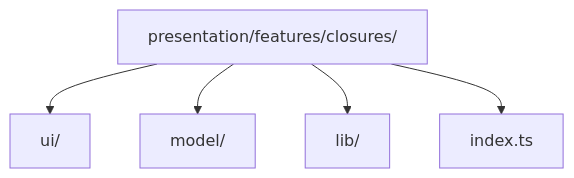
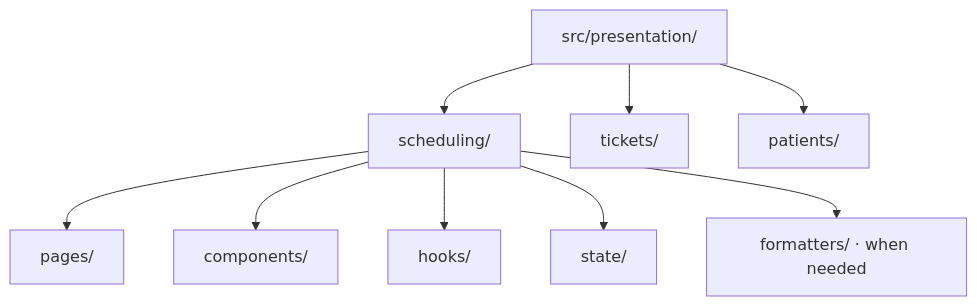
The second of 2 diagrams in frontend/README.md (AndresTaoFlorez/software-architecture), drawn with Mermaid before and after one commit. The commit also changed other lines of this file and 43 other files, not shown here.

````diff
--- a/frontend/README.md
+++ b/frontend/README.md
@@ -79,12 +42,11 @@
 ```mermaid
 flowchart TD
-    N0["presentation/features/closures/"]
-    N1["ui/"]
-    N2["model/"]
-    N3["lib/"]
-    N4["index.ts"]
-    N0 --> N1
-    N0 --> N2
-    N0 --> N3
-    N0 --> N4
+    P["src/presentation/"] --> S["scheduling/"]
+    P --> T["tickets/"]
+    P --> PT["patients/"]
+    S --> PA["pages/"]
+    S --> CO["components/"]
+    S --> H["hooks/"]
+    S --> ST["state/"]
+    S --> F["formatters/ · when needed"]
 ```
````
